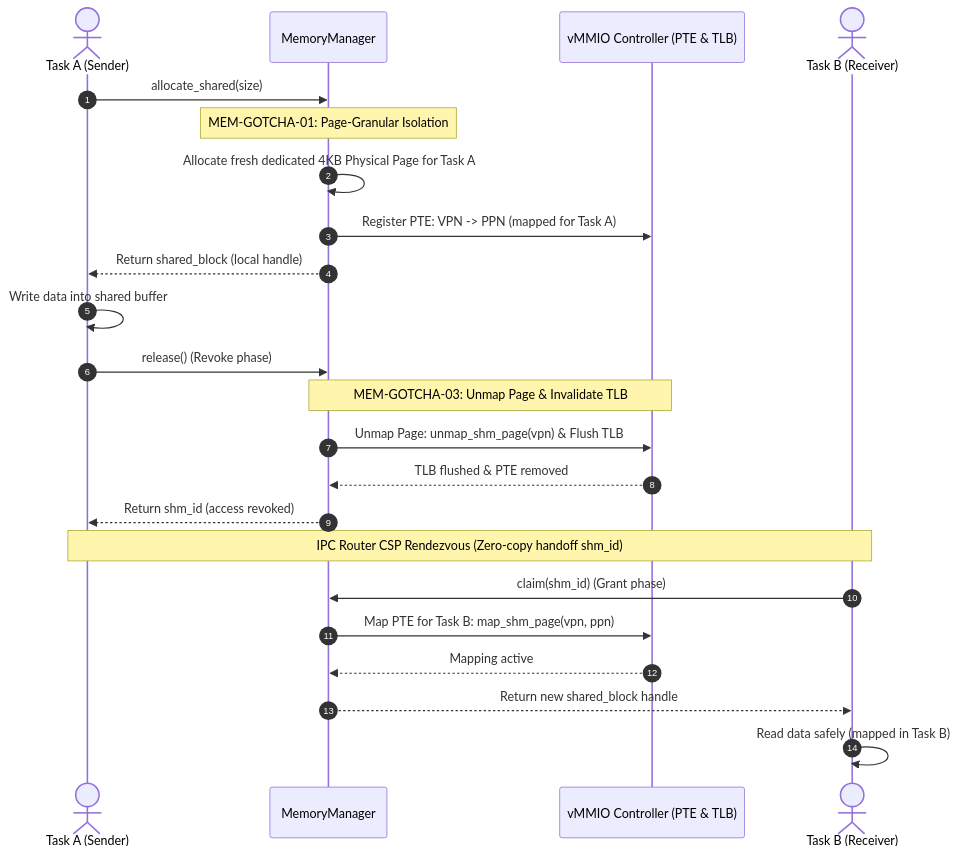
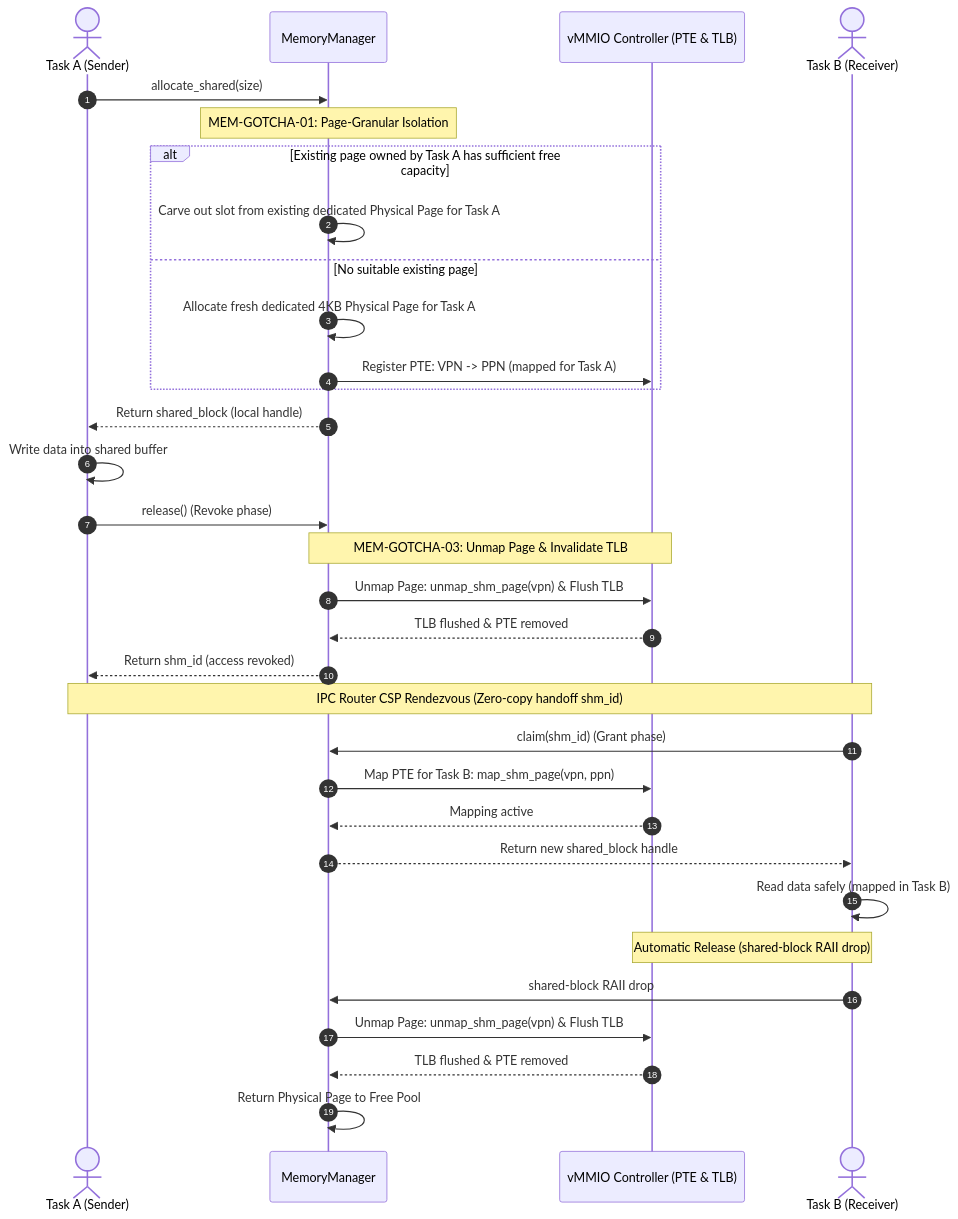
The first of 2 diagrams in docs/components/tier3_platform/platform_memory.md (kmt-t/fireball), drawn with Mermaid before and after one commit. The commit also changed other lines of this file and 18 other files, not shown here.

Commit message:
docs: harmonize component diagrams, state transitions, and symlinks across specifications

````diff
--- a/docs/components/tier3_platform/platform_memory.md
+++ b/docs/components/tier3_platform/platform_memory.md
@@ -185,29 +185,39 @@
 ```mermaid
 sequenceDiagram
     autonumber
     actor TaskA as Task A (Sender)
     participant Mem as MemoryManager
     participant vMMIO as vMMIO Controller (PTE & TLB)
     actor TaskB as Task B (Receiver)
 
     TaskA->>Mem: allocate_shared(size)
     Note over Mem: MEM-GOTCHA-01: Page-Granular Isolation
-    Mem->>Mem: Allocate fresh dedicated 4KB Physical Page for Task A
-    Mem->>vMMIO: Register PTE: VPN -> PPN (mapped for Task A)
+    alt Existing page owned by Task A has sufficient free capacity
+        Mem->>Mem: Carve out slot from existing dedicated Physical Page for Task A
+    else No suitable existing page
+        Mem->>Mem: Allocate fresh dedicated 4KB Physical Page for Task A
+        Mem->>vMMIO: Register PTE: VPN -> PPN (mapped for Task A)
+    end
     Mem-->>TaskA: Return shared_block (local handle)
 
     TaskA->>TaskA: Write data into shared buffer
     TaskA->>Mem: release() (Revoke phase)
     Note over Mem,vMMIO: MEM-GOTCHA-03: Unmap Page & Invalidate TLB
     Mem->>vMMIO: Unmap Page: unmap_shm_page(vpn) & Flush TLB
     vMMIO-->>Mem: TLB flushed & PTE removed
     Mem-->>TaskA: Return shm_id (access revoked)
 
     Note over TaskA,TaskB: IPC Router CSP Rendezvous (Zero-copy handoff shm_id)
 
     TaskB->>Mem: claim(shm_id) (Grant phase)
     Mem->>vMMIO: Map PTE for Task B: map_shm_page(vpn, ppn)
     vMMIO-->>Mem: Mapping active
     Mem-->>TaskB: Return new shared_block handle
     TaskB->>TaskB: Read data safely (mapped in Task B)
+
+    Note over TaskB,vMMIO: Automatic Release (shared-block RAII drop)
+    TaskB->>Mem: shared-block RAII drop
+    Mem->>vMMIO: Unmap Page: unmap_shm_page(vpn) & Flush TLB
+    vMMIO-->>Mem: TLB flushed & PTE removed
+    Mem->>Mem: Return Physical Page to Free Pool
 ```
````
